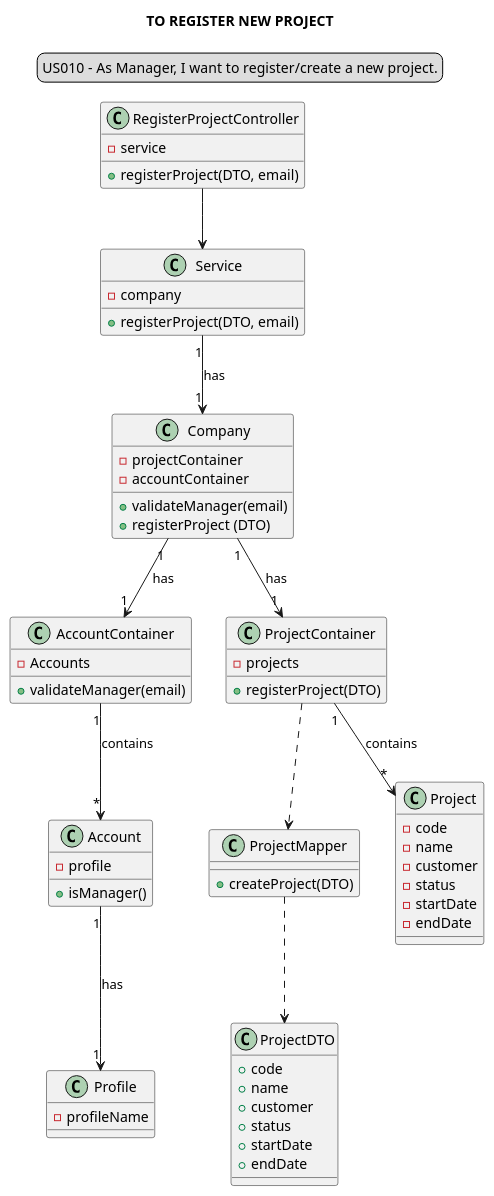
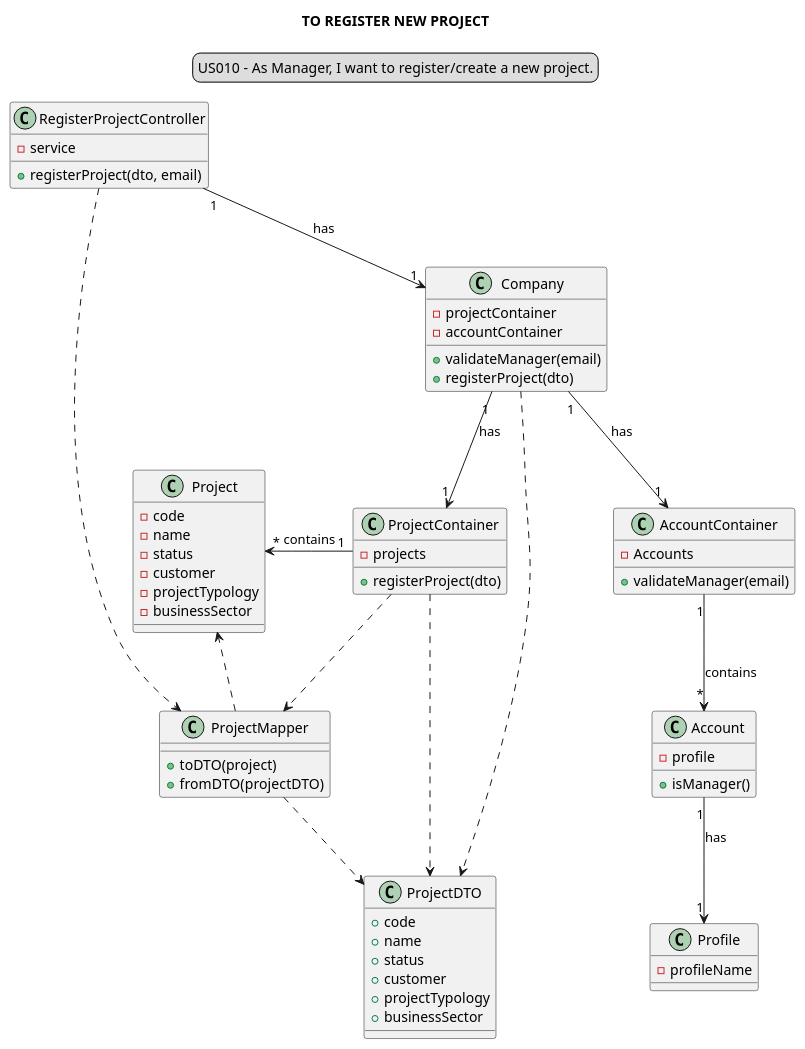
The diagram in docs/modelling_design/user_stories/sprint02/us010/US010_classDiagram.puml (Loracline/project_switch_22-23), drawn with PlantUML before and after one commit. The commit also changed 4 other files, not shown here.

Commit message:
US 010 : Design : Refinement of sequence and class diagram

```diff
--- a/docs/modelling_design/user_stories/sprint02/us010/US010_classDiagram.puml
+++ b/docs/modelling_design/user_stories/sprint02/us010/US010_classDiagram.puml
@@ -1,77 +1,75 @@
 @startuml
 
 skinparam sequenceMessageAlign center
 title TO REGISTER NEW PROJECT
 legend top
 US010 - As Manager, I want to register/create a new project.
 end legend
 
 class RegisterProjectController {
 - service
-+ registerProject(DTO, email)
++ registerProject(dto, email)
 }
 
-class Service {
--company
-+registerProject(DTO, email)
-
-}
 
 class Company {
 - projectContainer
 - accountContainer
 + validateManager(email)
-+ registerProject (DTO)
++ registerProject(dto)
 }
 class AccountContainer {
 + validateManager(email)
 - Accounts
 }
 
 class Account {
 + isManager()
 - profile
 }
 
 class Profile {
 -profileName
 }
 
 class ProjectContainer {
 - projects
-+ registerProject(DTO)
++ registerProject(dto)
 }
 
 class ProjectMapper{
-+ createProject(DTO)
++ toDTO(project)
++ fromDTO(projectDTO)
 }
 
 class ProjectDTO{
 + code
 + name
++ status
 + customer
-+ status
-+ startDate
-+ endDate
++ projectTypology
++ businessSector
 }
 
 class Project{
 - code
 - name
+- status
 - customer
-- status
-- startDate
-- endDate
-
+- projectTypology
+- businessSector
 }
 
-RegisterProjectController --> Service
-Service "1"-->"1" Company: has
+RegisterProjectController "1"-->"1" Company: has
 Company "1"-->"1" ProjectContainer: has
 Company "1"-->"1" AccountContainer: has
 AccountContainer "1"-->"*" Account: contains
-ProjectContainer "1"-->"*" Project: contains
 Account "1"-->"1" Profile: has
 ProjectMapper ..> ProjectDTO
 ProjectContainer ..> ProjectMapper
+RegisterProjectController ..> ProjectMapper
+Company ..> ProjectDTO
+ProjectContainer..> ProjectDTO
+ProjectMapper ..> Project
+ProjectContainer "1" -left-> "*" Project: contains
 @enduml
```
